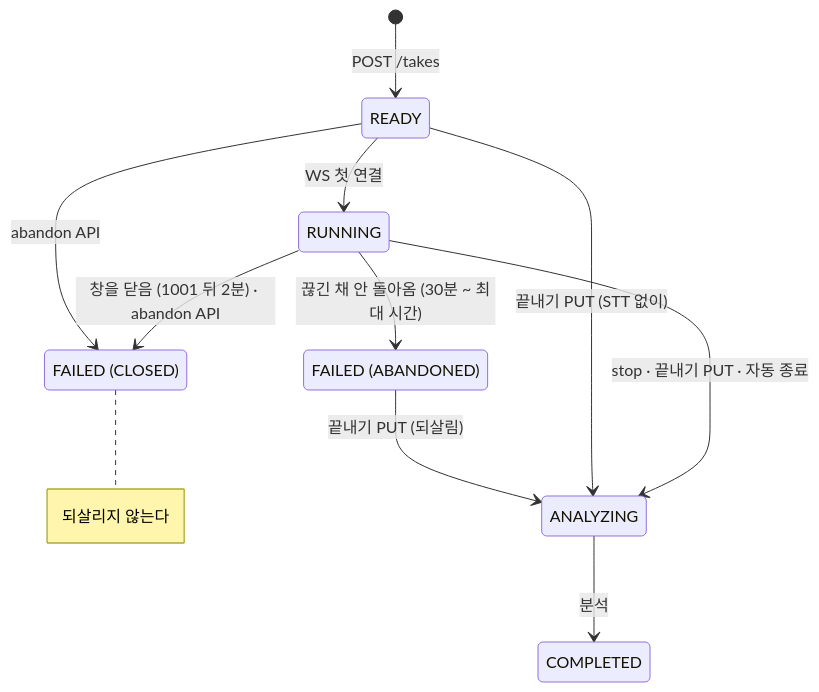
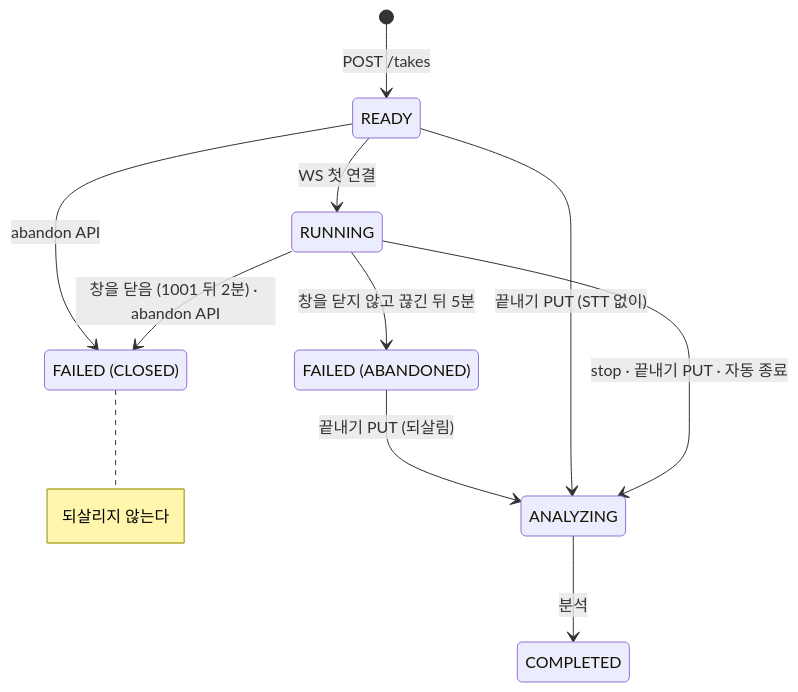
Before and after one commit to kakaotechcampus-4/ktc4-pusan-2: the diagram in docs/be/take-lifecycle.md, drawn with Mermaid. The commit also changed other lines of this file and 6 other files, not shown here.

````diff
--- a/docs/be/take-lifecycle.md
+++ b/docs/be/take-lifecycle.md
@@ -8,18 +8,18 @@
 ```mermaid
 stateDiagram-v2
     state "FAILED (CLOSED)" as CLOSED
     state "FAILED (ABANDONED)" as ABANDONED
 
     [*] --> READY : POST /takes
     READY --> RUNNING : WS 첫 연결
     RUNNING --> ANALYZING : stop · 끝내기 PUT · 자동 종료
     READY --> ANALYZING : 끝내기 PUT (STT 없이)
     ANALYZING --> COMPLETED : 분석
 
     RUNNING --> CLOSED : 창을 닫음 (1001 뒤 2분) · abandon API
     READY --> CLOSED : abandon API
-    RUNNING --> ABANDONED : 끊긴 채 안 돌아옴 (30분 ~ 최대 시간)
+    RUNNING --> ABANDONED : 창을 닫지 않고 끊긴 뒤 5분
     ABANDONED --> ANALYZING : 끝내기 PUT (되살림)
 
     note right of CLOSED : 되살리지 않는다
 ```
````
